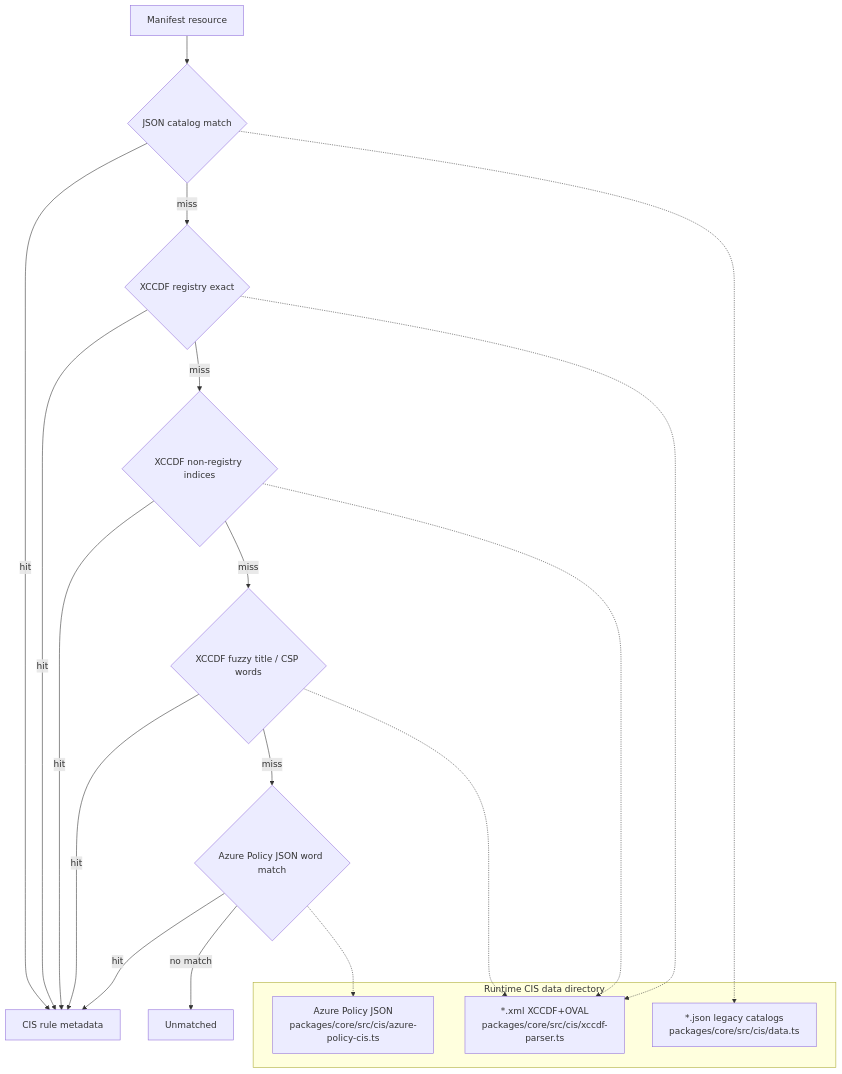
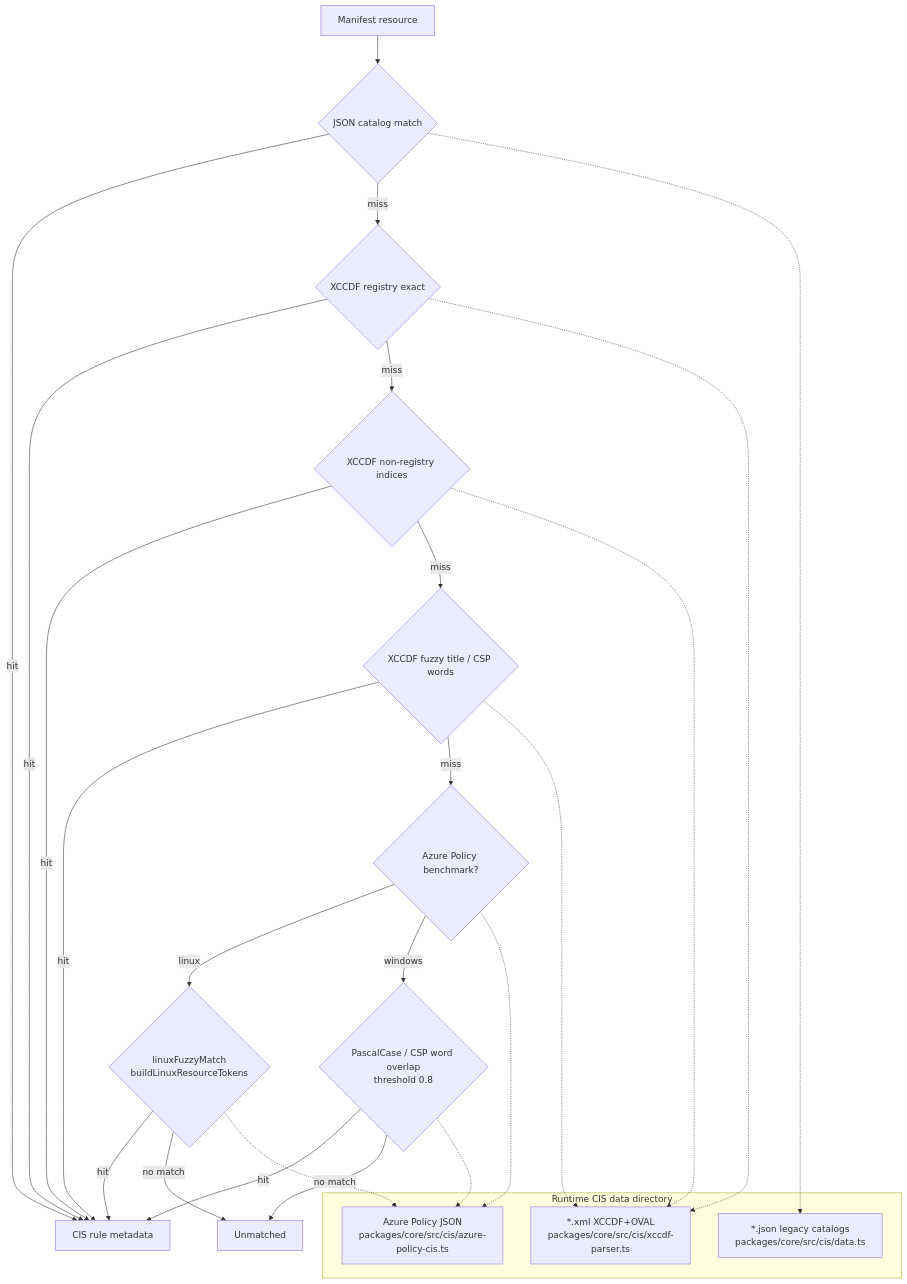
Before and after one commit to Azure/ConfigForge: the fourth of 4 diagrams in docs/src/architecture/diagrams.md, drawn with Mermaid. The commit also changed other lines of this file and 35 other files, not shown here.

First line of the commit message:
docs: correct architecture drift across GitHub docs (#97)

````diff
--- a/docs/src/architecture/diagrams.md
+++ b/docs/src/architecture/diagrams.md
@@ -96,26 +97,32 @@
 ```mermaid
 flowchart TD
   Input["Manifest resource"] --> T1{JSON catalog match}
   T1 -->|hit| Result["CIS rule metadata"]
   T1 -->|miss| T2{XCCDF registry exact}
   T2 -->|hit| Result
   T2 -->|miss| T3{XCCDF non-registry indices}
   T3 -->|hit| Result
   T3 -->|miss| T4{XCCDF fuzzy title / CSP words}
   T4 -->|hit| Result
-  T4 -->|miss| T5{Azure Policy JSON word match}
-  T5 -->|hit| Result
-  T5 -->|no match| Unmatched["Unmatched"]
+  T4 -->|miss| T5{Azure Policy benchmark?}
+  T5 -->|linux| T6{linuxFuzzyMatch<br/>buildLinuxResourceTokens}
+  T5 -->|windows| T7{PascalCase / CSP word overlap<br/>threshold 0.8}
+  T6 -->|hit| Result
+  T7 -->|hit| Result
+  T6 -->|no match| Unmatched["Unmatched"]
+  T7 -->|no match| Unmatched
 
   subgraph "Runtime CIS data directory"
     JSON["*.json legacy catalogs<br/>packages/core/src/cis/data.ts"]
     XML["*.xml XCCDF+OVAL<br/>packages/core/src/cis/xccdf-parser.ts"]
     Policy["Azure Policy JSON<br/>packages/core/src/cis/azure-policy-cis.ts"]
   end
 
   T1 -.-> JSON
   T2 -.-> XML
   T3 -.-> XML
   T4 -.-> XML
   T5 -.-> Policy
+  T6 -.-> Policy
+  T7 -.-> Policy
 ```
````
